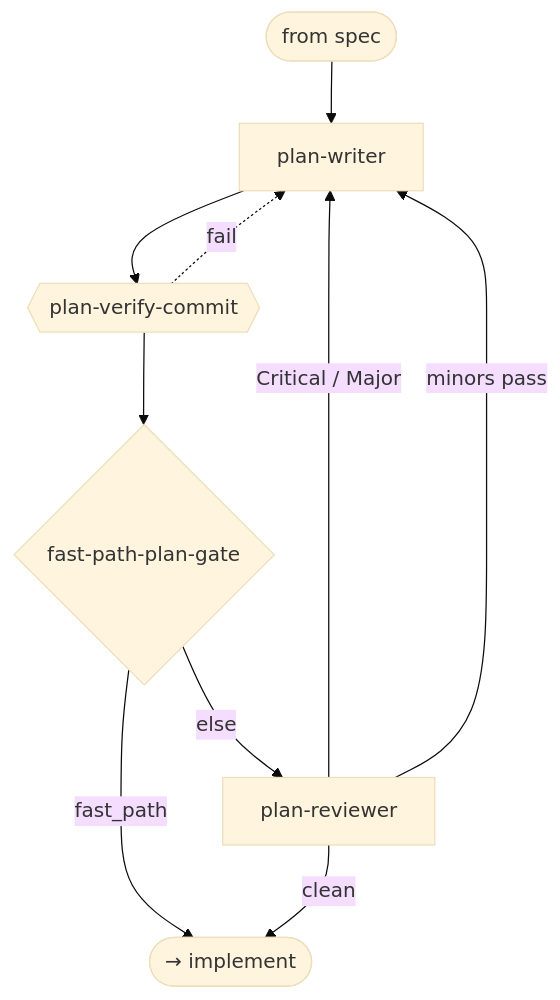
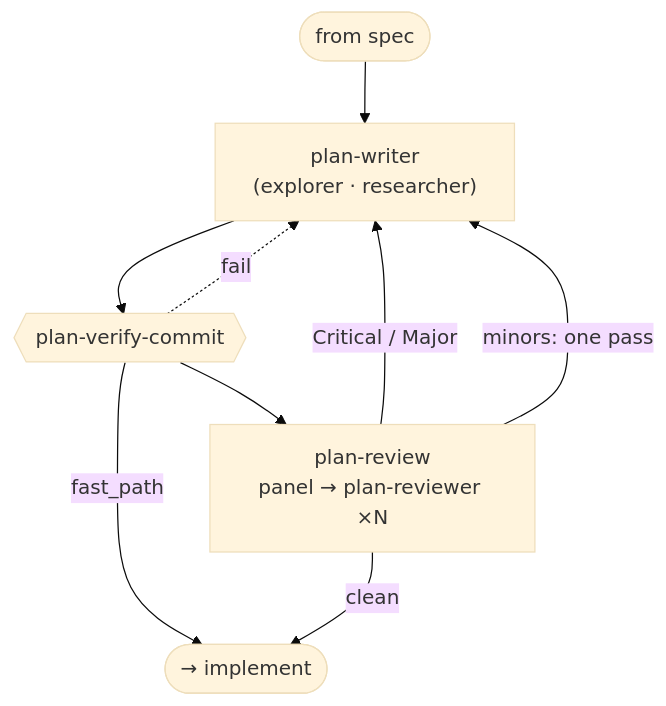
The ninth of 12 diagrams in docs/architecture.md (jpoimboe/imp), drawn with Mermaid (base theme) before and after one commit. The commit also changed other lines of this file, not shown here.

First line of the commit message:
docs: sync architecture.md with default->imp workflow rename and phase rework

````diff
--- a/docs/architecture.md
+++ b/docs/architecture.md
@@ -176,12 +178,11 @@
 ```mermaid
 flowchart TD
-  in([from spec]) --> PW["plan-writer"]
+  in([from spec]) --> PW["plan-writer<br/>(explorer · researcher)"]
   PW --> PVC{{"plan-verify-commit"}}
   PVC -. fail .-> PW
-  PVC --> FPG{"fast-path-plan-gate"}
-  FPG -->|fast_path| out([→ implement])
-  FPG -->|else| PR["plan-reviewer"]
+  PVC -->|fast_path| out([→ implement])
+  PVC --> PR["plan-review<br/>panel → plan-reviewer ×N"]
   PR -->|"Critical / Major"| PW
-  PR -->|"minors pass"| PW
+  PR -->|"minors: one pass"| PW
   PR -->|clean| out
 ```
````
